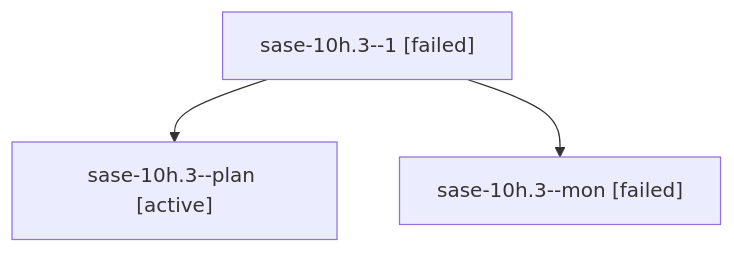
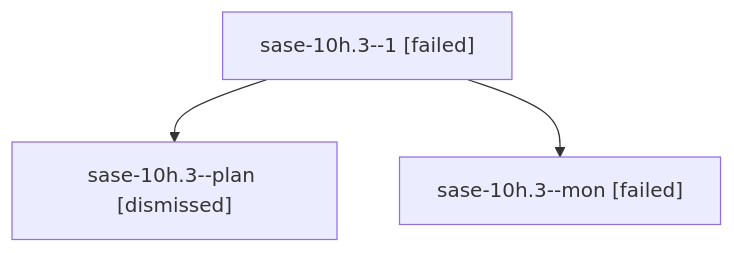
Before and after one commit to sase-org/sase--agents: the diagram in sessions/bbugyi200.athena.sase-10h.3.md, drawn with Mermaid. The commit also changed other lines of this file and 31 other files, not shown here.

````diff
--- a/sessions/bbugyi200.athena.sase-10h.3.md
+++ b/sessions/bbugyi200.athena.sase-10h.3.md
@@ -9,8 +9,8 @@
 ```mermaid
 flowchart TD
   n0["sase-10h.3--1 [failed]"]
-  n1["sase-10h.3--plan [active]"]
+  n1["sase-10h.3--plan [dismissed]"]
   n0 --> n1
   n2["sase-10h.3--mon [failed]"]
   n0 --> n2
 ```
````
